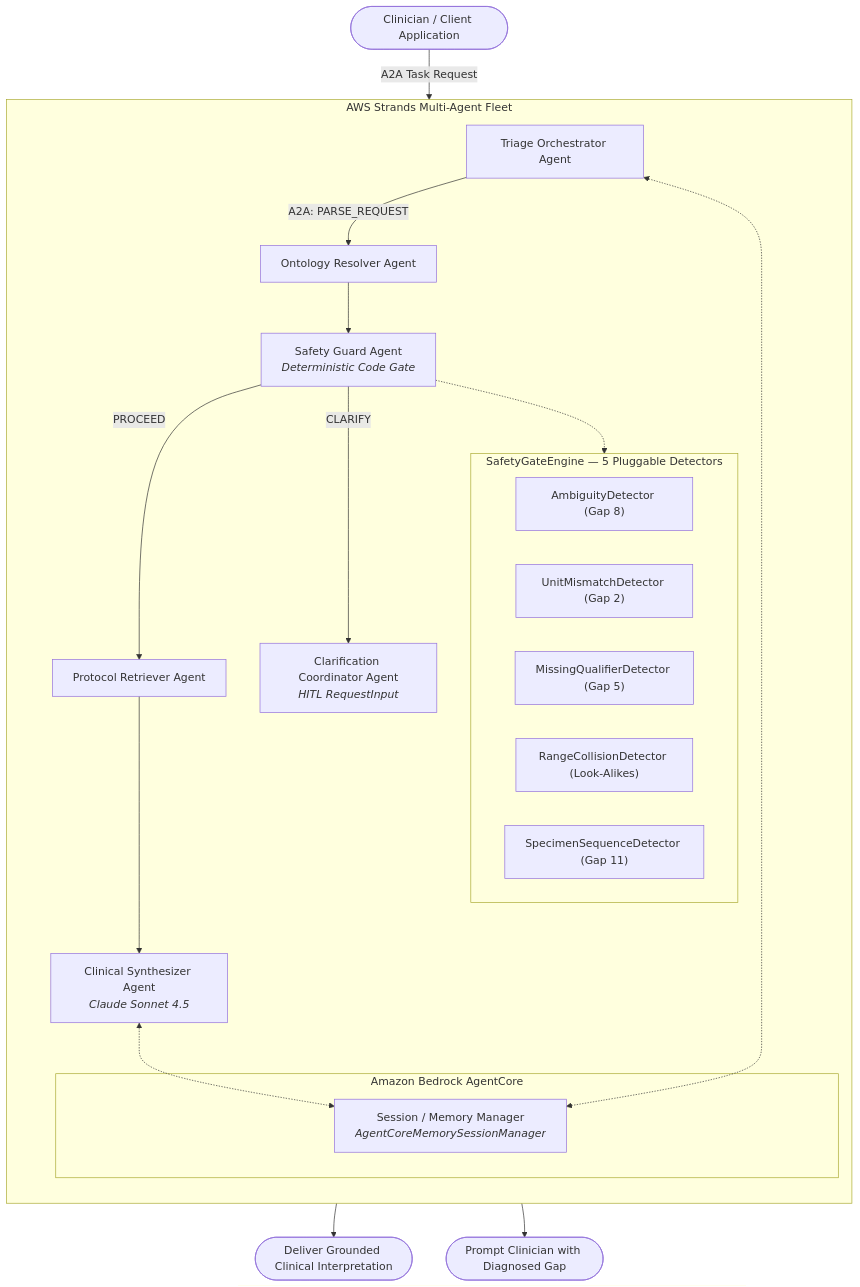
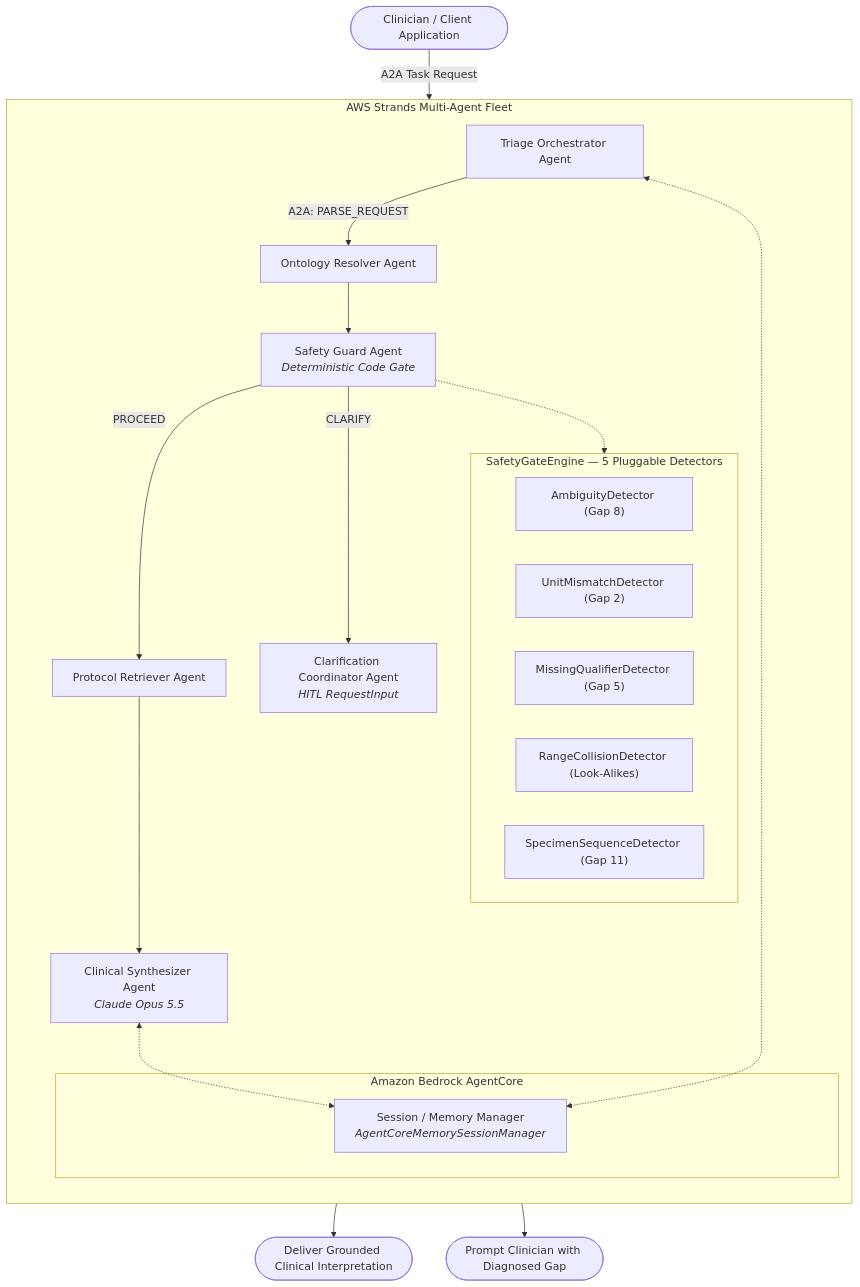
Before and after one commit to amitpuri/multiagent-retrieval-gaps: the third of 6 diagrams in README.md, drawn with Mermaid. The commit also changed other lines of this file and 123 other files, not shown here.

````diff
--- a/README.md
+++ b/README.md
@@ -386,34 +440,34 @@
 ```mermaid
 flowchart TD
     Clinician([Clinician / Client Application]) -->|A2A Task Request| Triage[Triage Orchestrator Agent]
 
     subgraph Strands_Fleet["AWS Strands Multi-Agent Fleet"]
         direction TB
 
         Triage -->|A2A: PARSE_REQUEST| OntologyAgent[Ontology Resolver Agent]
         OntologyAgent --> SafetyGuard[Safety Guard Agent<br/><i>Deterministic Code Gate</i>]
 
         subgraph Gap_Detectors["SafetyGateEngine — 5 Pluggable Detectors"]
             AmbiguityDet["AmbiguityDetector (Gap 8)"]
             UnitMismatchDet["UnitMismatchDetector (Gap 2)"]
             MissingQualDet["MissingQualifierDetector (Gap 5)"]
             RangeCollisionDet["RangeCollisionDetector (Look-Alikes)"]
             SpecimenSeqDet["SpecimenSequenceDetector (Gap 11)"]
         end
 
         SafetyGuard -.-> Gap_Detectors
         SafetyGuard -- "PROCEED" --> ProtocolAgent[Protocol Retriever Agent]
-        ProtocolAgent --> SynthesisAgent[Clinical Synthesizer Agent<br/><i>Claude Sonnet 4.5</i>]
+        ProtocolAgent --> SynthesisAgent[Clinical Synthesizer Agent<br/><i>Claude Opus 5.5</i>]
         SafetyGuard -- "CLARIFY" --> ClarifyAgent[Clarification Coordinator Agent<br/><i>HITL RequestInput</i>]
 
         subgraph AgentCore["Amazon Bedrock AgentCore"]
             MemMgr["Session / Memory Manager<br/><i>AgentCoreMemorySessionManager</i>"]
         end
 
         SynthesisAgent <-.-> MemMgr
         Triage <-.-> MemMgr
     end
 
     SynthesisAgent --> Deliver([Deliver Grounded Clinical Interpretation])
     ClarifyAgent --> RequestInput([Prompt Clinician with Diagnosed Gap])
 ```
````
